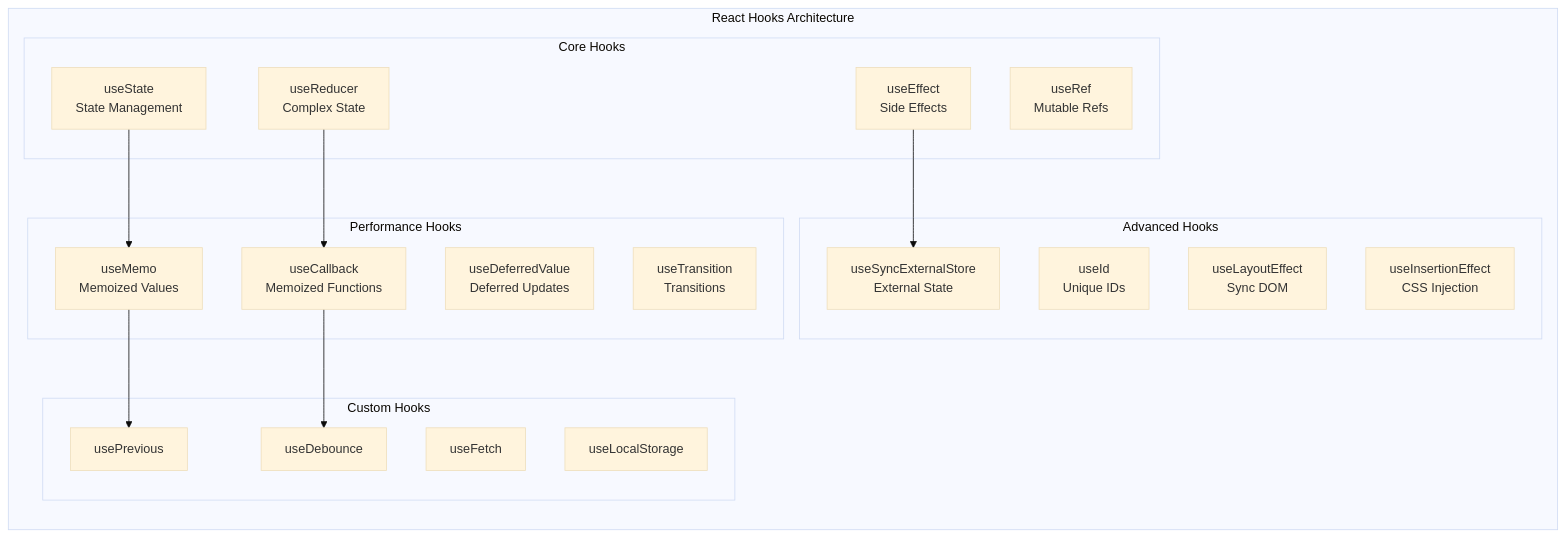
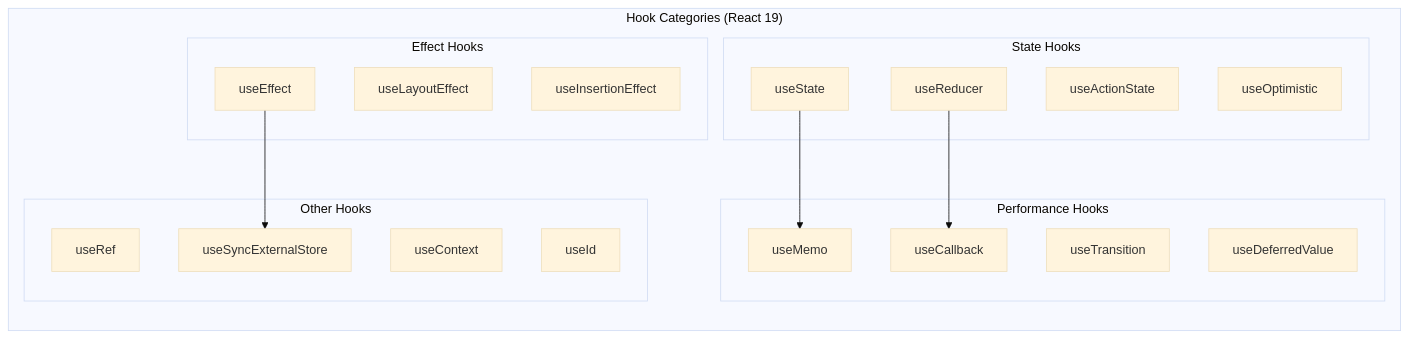
The diagram in v4/content/articles/frontend-engineering/react-architecture/react-hooks-fundamentals/README.md (sujeet-pro/legacy-personal-site), drawn with Mermaid (base theme) before and after one commit. The commit also changed other lines of this file and 115 other files, not shown here.

````diff
--- a/v4/content/articles/frontend-engineering/react-architecture/react-hooks-fundamentals/README.md
+++ b/v4/content/articles/frontend-engineering/react-architecture/react-hooks-fundamentals/README.md
@@ -5,39 +7,36 @@
 ```mermaid
 flowchart TB
-    subgraph "React Hooks Architecture"
+    subgraph "Hook Categories (React 19)"
         direction TB
-        subgraph "Core Hooks"
-            useState[useState<br/>State Management]
-            useReducer[useReducer<br/>Complex State]
-            useEffect[useEffect<br/>Side Effects]
-            useRef[useRef<br/>Mutable Refs]
+        subgraph "State Hooks"
+            useState[useState]
+            useReducer[useReducer]
+            useActionState[useActionState]
+            useOptimistic[useOptimistic]
+        end
+
+        subgraph "Effect Hooks"
+            useEffect[useEffect]
+            useLayoutEffect[useLayoutEffect]
+            useInsertionEffect[useInsertionEffect]
         end
 
         subgraph "Performance Hooks"
-            useMemo[useMemo<br/>Memoized Values]
-            useCallback[useCallback<br/>Memoized Functions]
-            useDeferredValue[useDeferredValue<br/>Deferred Updates]
-            useTransition[useTransition<br/>Transitions]
+            useMemo[useMemo]
+            useCallback[useCallback]
+            useTransition[useTransition]
+            useDeferredValue[useDeferredValue]
         end
 
-        subgraph "Advanced Hooks"
-            useId[useId<br/>Unique IDs]
-            useSyncExternalStore[useSyncExternalStore<br/>External State]
-            useLayoutEffect[useLayoutEffect<br/>Sync DOM]
-            useInsertionEffect[useInsertionEffect<br/>CSS Injection]
-        end
-
-        subgraph "Custom Hooks"
-            usePrevious[usePrevious]
-            useDebounce[useDebounce]
-            useFetch[useFetch]
-            useLocalStorage[useLocalStorage]
+        subgraph "Other Hooks"
+            useRef[useRef]
+            useContext[useContext]
+            useId[useId]
+            useSyncExternalStore[useSyncExternalStore]
         end
     end
 
     useState --> useMemo
     useReducer --> useCallback
     useEffect --> useSyncExternalStore
-    useMemo --> usePrevious
-    useCallback --> useDebounce
 ```
````
